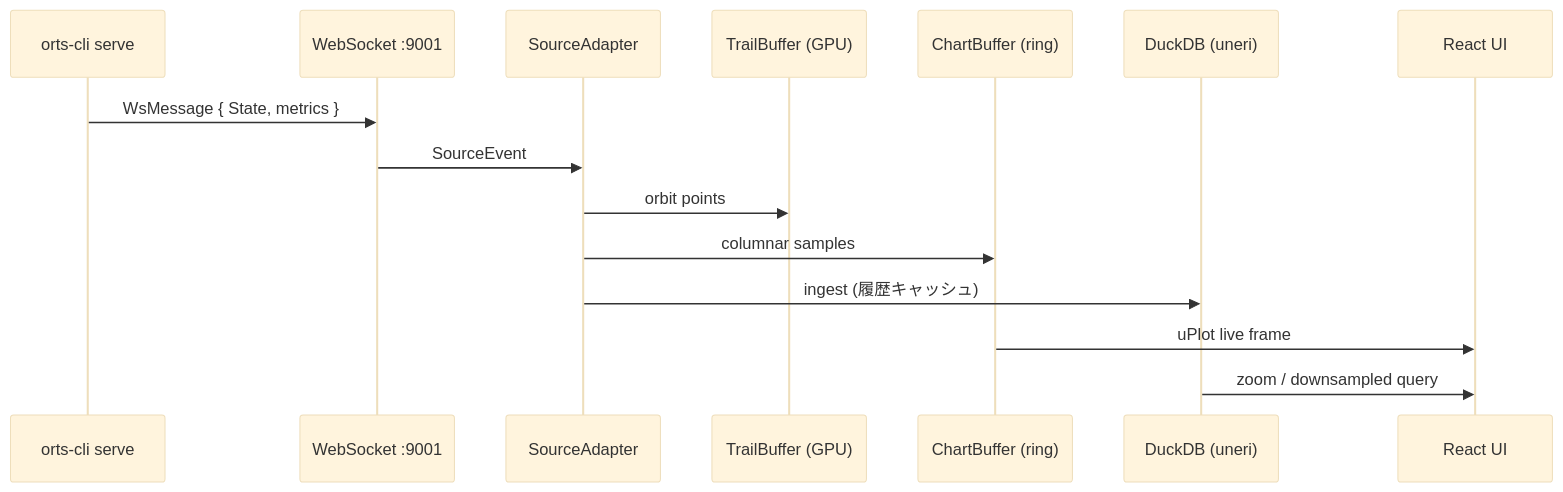
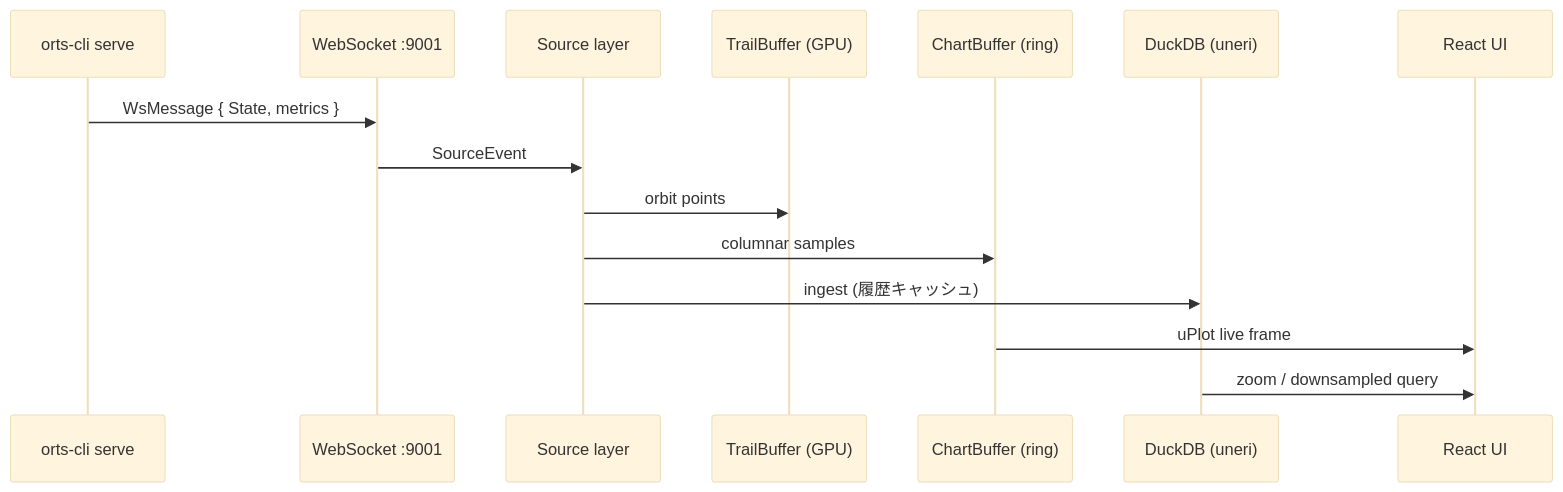
The third of 3 diagrams in ARCHITECTURE.ja.md (sksat/orts), drawn with Mermaid (base theme) before and after one commit. The commit also changed other lines of this file and 14 other files, not shown here.

````diff
--- a/ARCHITECTURE.ja.md
+++ b/ARCHITECTURE.ja.md
@@ -139,18 +139,18 @@
 ```mermaid
 sequenceDiagram
   participant sim as orts-cli serve
   participant ws as WebSocket :9001
-  participant src as SourceAdapter
+  participant src as Source layer
   participant trail as TrailBuffer (GPU)
   participant chart as ChartBuffer (ring)
   participant duck as DuckDB (uneri)
   participant ui as React UI
 
   sim->>ws: WsMessage { State, metrics }
   ws->>src: SourceEvent
   src->>trail: orbit points
   src->>chart: columnar samples
   src->>duck: ingest (履歴キャッシュ)
   chart->>ui: uPlot live frame
   duck->>ui: zoom / downsampled query
 ```
````
